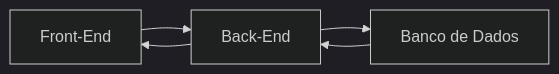
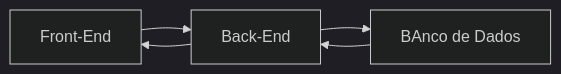
Before and after one commit to Lucaseduardo583/CursoAntigravity: the first of 2 diagrams in README.md, drawn with Mermaid (dark theme). The commit also changed other lines of this file and 28 other files, not shown here.

````diff
--- a/README.md
+++ b/README.md
@@ -43,13 +43,13 @@
 ```mermaid
 
 flowchart LR
     A[Front-End]
     B[Back-End]
-    C[Banco de Dados]
+    C[BAnco de Dados]
 
     A --> B
     B --> C
     C --> B 
-    B --> A
+    B --> A 
 
 ```
````
